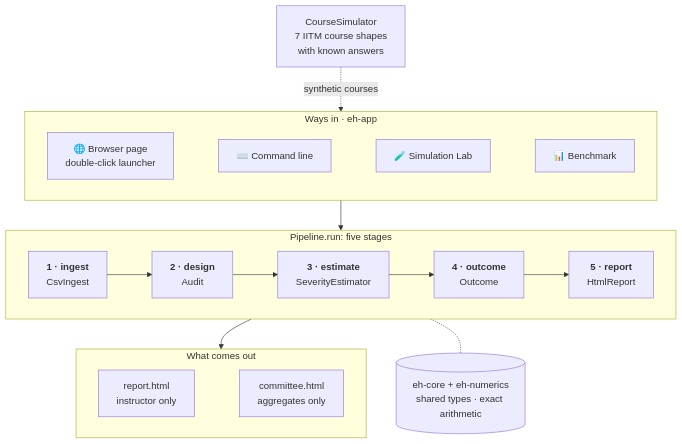
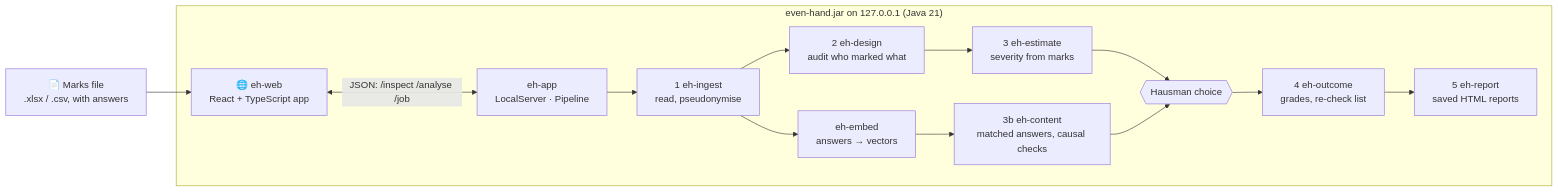
Before and after one commit to Zayaan3019/Even_Hand: the diagram in README.md, drawn with Mermaid. The commit also changed other lines of this file and 60 other files, not shown here.

First line of the commit message:
A real web app: React + TypeScript, built by Maven, served offline from the jar

````diff
--- a/README.md
+++ b/README.md
@@ -114,29 +118,16 @@
 ```mermaid
-flowchart TB
-    SIM["CourseSimulator<br/>7 IITM course shapes<br/>with known answers"]
-    subgraph IN["Ways in · eh-app"]
-        direction LR
-        WEB["🌐 Browser page<br/>double-click launcher"]
-        CLI["⌨️ Command line"]
-        LAB["🧪 Simulation Lab"]
-        BEN["📊 Benchmark"]
-        WEB ~~~ CLI ~~~ LAB ~~~ BEN
+flowchart LR
+    F["📄 Marks file<br/>.xlsx / .csv, with answers"] --> W
+    subgraph APP["even-hand.jar on 127.0.0.1 (Java 21)"]
+        W["🌐 eh-web<br/>React + TypeScript app"] <-->|"JSON: /inspect /analyse /job"| S["eh-app<br/>LocalServer · Pipeline"]
+        S --> I["1 eh-ingest<br/>read, pseudonymise"]
+        I --> D["2 eh-design<br/>audit who marked what"]
+        D --> E["3 eh-estimate<br/>severity from marks"]
+        I --> M["eh-embed<br/>answers → vectors"]
+        M --> C["3b eh-content<br/>matched answers, causal checks"]
+        E --> H{{"Hausman choice"}}
+        C --> H
+        H --> O["4 eh-outcome<br/>grades, re-check list"]
+        O --> R["5 eh-report<br/>saved HTML reports"]
     end
-    subgraph PIPE["Pipeline.run: five stages"]
-        direction LR
-        S1["<b>1 · ingest</b><br/>CsvIngest"] --> S2["<b>2 · design</b><br/>Audit"]
-        S2 --> S3["<b>3 · estimate</b><br/>SeverityEstimator"]
-        S3 --> S4["<b>4 · outcome</b><br/>Outcome"]
-        S4 --> S5["<b>5 · report</b><br/>HtmlReport"]
-    end
-    subgraph OUT["What comes out"]
-        direction LR
-        R1["report.html<br/>instructor only"]
-        R2["committee.html<br/>aggregates only"]
-        R1 ~~~ R2
-    end
-    CORE[("eh-core + eh-numerics<br/>shared types · exact arithmetic")]
-    SIM -. "synthetic courses" .-> IN
-    IN --> PIPE --> OUT
-    PIPE -.- CORE
 ```
````
